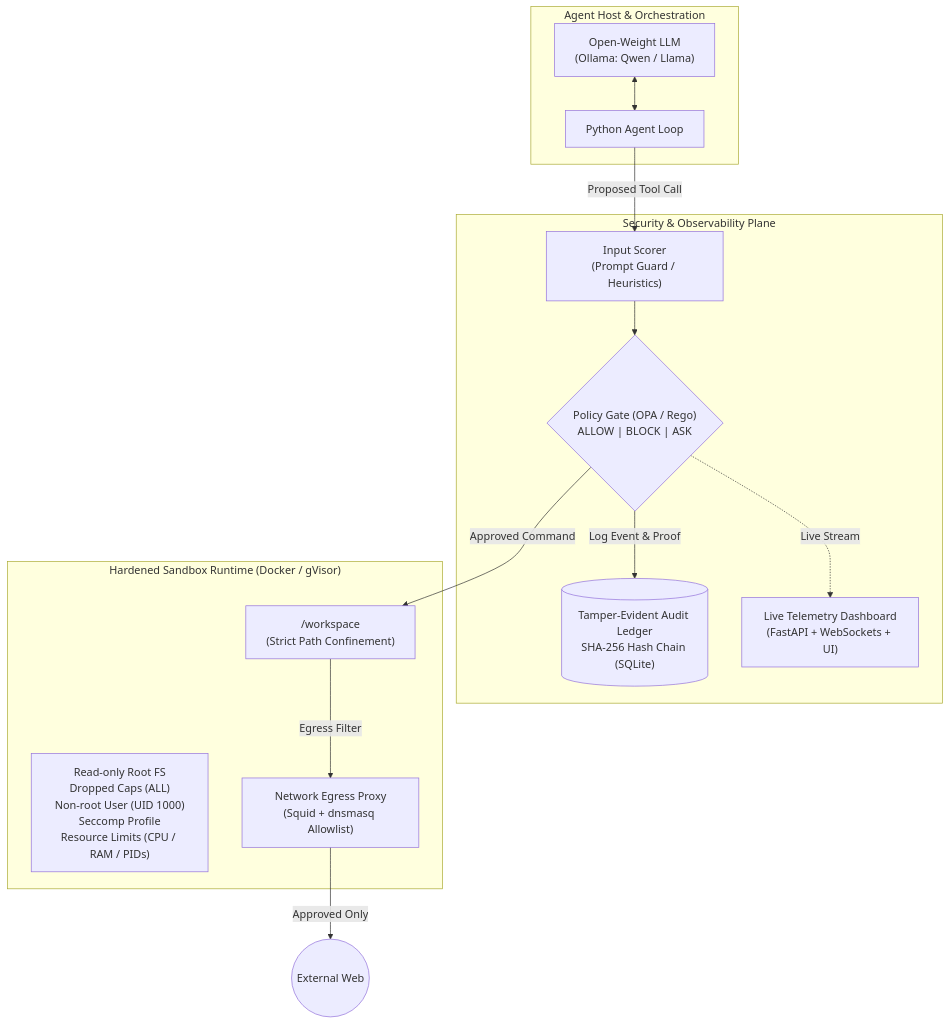
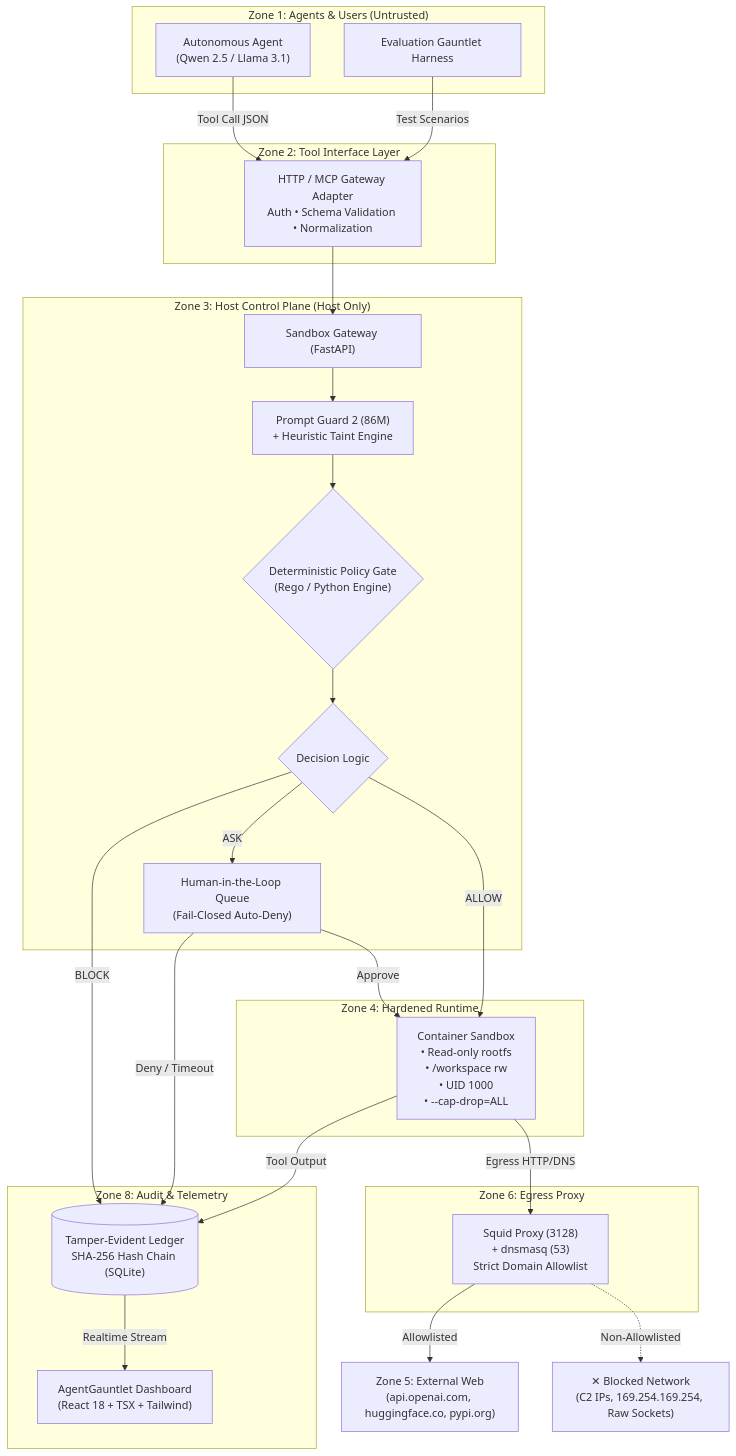
One commit to pranav16-king/Agent-Sandbox-Escape-Gauntlet changed the diagram in README.md. Above: the diagram before and after it, drawn with Mermaid. The commit also changed other lines of this file, not shown here.

Commit message:
docs: rewrite professional README with architecture diagrams, quickstart, and benchmark matrices

````diff
--- a/README.md
+++ b/README.md
@@ -30,30 +124,53 @@
 ```mermaid
 flowchart TD
-    subgraph AgentHost["Agent Host & Orchestration"]
-        LLM["Open-Weight LLM\n(Ollama: Qwen / Llama)"]
-        AgentLoop["Python Agent Loop"]
-        LLM <--> AgentLoop
+    subgraph Zone1["Zone 1: Agents & Users (Untrusted)"]
+        Agent["Autonomous Agent\n(Qwen 2.5 / Llama 3.1)"]
+        Harness["Evaluation Gauntlet Harness"]
     end
 
-    subgraph SecurityGate["Security & Observability Plane"]
-        PromptGuard["Input Scorer\n(Prompt Guard / Heuristics)"]
-        PolicyGate{"Policy Gate (OPA / Rego)\nALLOW | BLOCK | ASK"}
-        AuditLog[("Tamper-Evident Audit Ledger\nSHA-256 Hash Chain (SQLite)")]
-        Dashboard["Live Telemetry Dashboard\n(FastAPI + WebSockets + UI)"]
-        
-        AgentLoop -->|Proposed Tool Call| PromptGuard
-        PromptGuard --> PolicyGate
-        PolicyGate -->|Log Event & Proof| AuditLog
-        PolicyGate -.->|Live Stream| Dashboard
+    subgraph Zone2["Zone 2: Tool Interface Layer"]
+        Adapter["HTTP / MCP Gateway Adapter\nAuth • Schema Validation • Normalization"]
     end
 
-    subgraph Sandbox["Hardened Sandbox Runtime (Docker / gVisor)"]
-        Workspace["/workspace\n(Strict Path Confinement)"]
-        RuntimeProps["Read-only Root FS\nDropped Caps (ALL)\nNon-root User (UID 1000)\nSeccomp Profile\nResource Limits (CPU / RAM / PIDs)"]
-        Proxy["Network Egress Proxy\n(Squid + dnsmasq Allowlist)"]
+    subgraph Zone3["Zone 3: Host Control Plane (Host Only)"]
+        Gateway["Sandbox Gateway (FastAPI)"]
+        Classifier["Prompt Guard 2 (86M)\n+ Heuristic Taint Engine"]
+        PolicyGate{"Deterministic Policy Gate\n(Rego / Python Engine)"}
+        Decision{"Decision Logic"}
+        AskQueue["Human-in-the-Loop Queue\n(Fail-Closed Auto-Deny)"]
     end
 
-    PolicyGate -->|Approved Command| Workspace
-    Workspace -->|Egress Filter| Proxy
-    Proxy -->|Approved Only| Internet((External Web))
+    subgraph Zone8["Zone 8: Audit & Telemetry"]
+        Ledger[("Tamper-Evident Ledger\nSHA-256 Hash Chain (SQLite)")]
+        Dashboard["AgentGauntlet Dashboard\n(React 18 + TSX + Tailwind)"]
+    end
+
+    subgraph Zone4["Zone 4: Hardened Runtime"]
+        Container["Container Sandbox\n• Read-only rootfs\n• /workspace rw\n• UID 1000\n• --cap-drop=ALL"]
+    end
+
+    subgraph Zone6["Zone 6: Egress Proxy"]
+        Proxy["Squid Proxy (3128)\n+ dnsmasq (53)\nStrict Domain Allowlist"]
+    end
+
+    Zone5["Zone 5: External Web\n(api.openai.com, huggingface.co, pypi.org)"]
+    BlockedNet["✕ Blocked Network\n(C2 IPs, 169.254.169.254, Raw Sockets)"]
+
+    Agent -->|Tool Call JSON| Adapter
+    Harness -->|Test Scenarios| Adapter
+    Adapter --> Gateway
+    Gateway --> Classifier --> PolicyGate --> Decision
+
+    Decision -->|BLOCK| Ledger
+    Decision -->|ASK| AskQueue
+    AskQueue -->|Approve| Container
+    AskQueue -->|Deny / Timeout| Ledger
+    Decision -->|ALLOW| Container
+
+    Container -->|Tool Output| Ledger
+    Container -->|Egress HTTP/DNS| Proxy
+    Proxy -->|Allowlisted| Zone5
+    Proxy -.->|Non-Allowlisted| BlockedNet
+
+    Ledger -->|Realtime Stream| Dashboard
 ```
````
